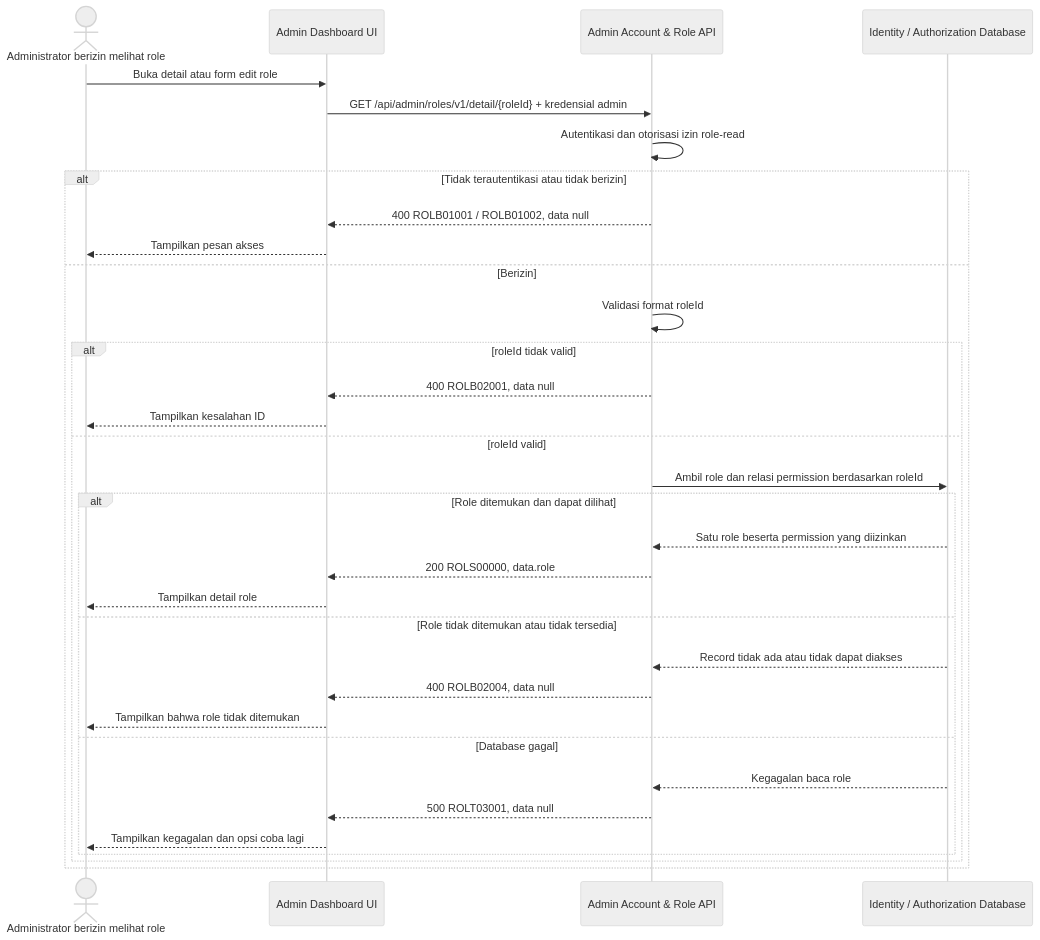
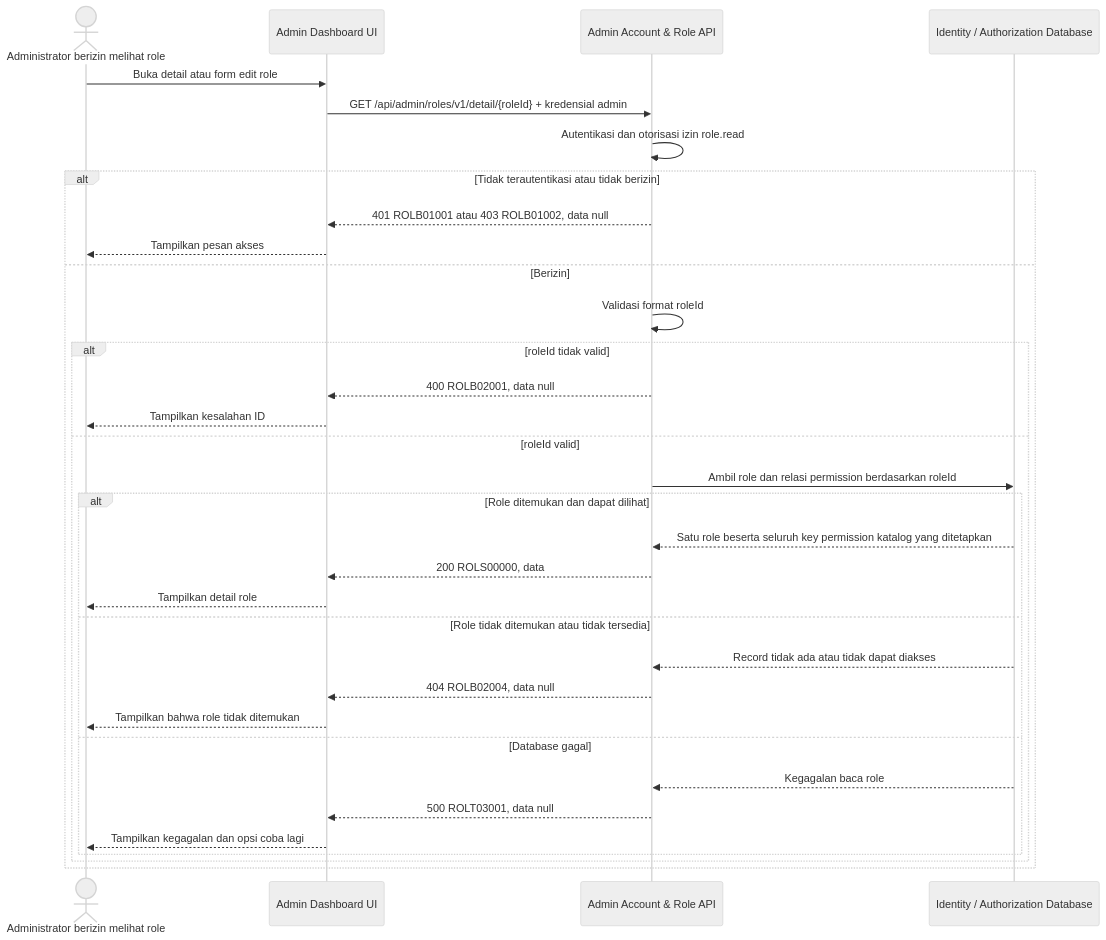
One commit to fatihmuhamadridho/docs-game-service-platform changed the diagram in sprint-1/solutioning/dashboard/accounts-roles/get-detail-role.md. Above: the diagram before and after it, drawn with Mermaid (neutral theme). The commit also changed other lines of this file and 32 other files, not shown here.

````diff
--- a/sprint-1/solutioning/dashboard/accounts-roles/get-detail-role.md
+++ b/sprint-1/solutioning/dashboard/accounts-roles/get-detail-role.md
@@ -14,35 +14,35 @@
 ```mermaid
 sequenceDiagram
     actor Admin as Administrator berizin melihat role
     participant UI as Admin Dashboard UI
     participant API as Admin Account & Role API
     participant DB as Identity / Authorization Database
     Admin->>UI: Buka detail atau form edit role
     UI->>API: GET /api/admin/roles/v1/detail/{roleId} + kredensial admin
-    API->>API: Autentikasi dan otorisasi izin role-read
+    API->>API: Autentikasi dan otorisasi izin role.read
     alt Tidak terautentikasi atau tidak berizin
-        API-->>UI: 400 ROLB01001 / ROLB01002, data null
+        API-->>UI: 401 ROLB01001 atau 403 ROLB01002, data null
         UI-->>Admin: Tampilkan pesan akses
     else Berizin
         API->>API: Validasi format roleId
         alt roleId tidak valid
             API-->>UI: 400 ROLB02001, data null
             UI-->>Admin: Tampilkan kesalahan ID
         else roleId valid
             API->>DB: Ambil role dan relasi permission berdasarkan roleId
             alt Role ditemukan dan dapat dilihat
-                DB-->>API: Satu role beserta permission yang diizinkan
-                API-->>UI: 200 ROLS00000, data.role
+                DB-->>API: Satu role beserta seluruh key permission katalog yang ditetapkan
+                API-->>UI: 200 ROLS00000, data
                 UI-->>Admin: Tampilkan detail role
             else Role tidak ditemukan atau tidak tersedia
                 DB-->>API: Record tidak ada atau tidak dapat diakses
-                API-->>UI: 400 ROLB02004, data null
+                API-->>UI: 404 ROLB02004, data null
                 UI-->>Admin: Tampilkan bahwa role tidak ditemukan
             else Database gagal
                 DB-->>API: Kegagalan baca role
                 API-->>UI: 500 ROLT03001, data null
                 UI-->>Admin: Tampilkan kegagalan dan opsi coba lagi
             end
         end
     end
 ```
````
